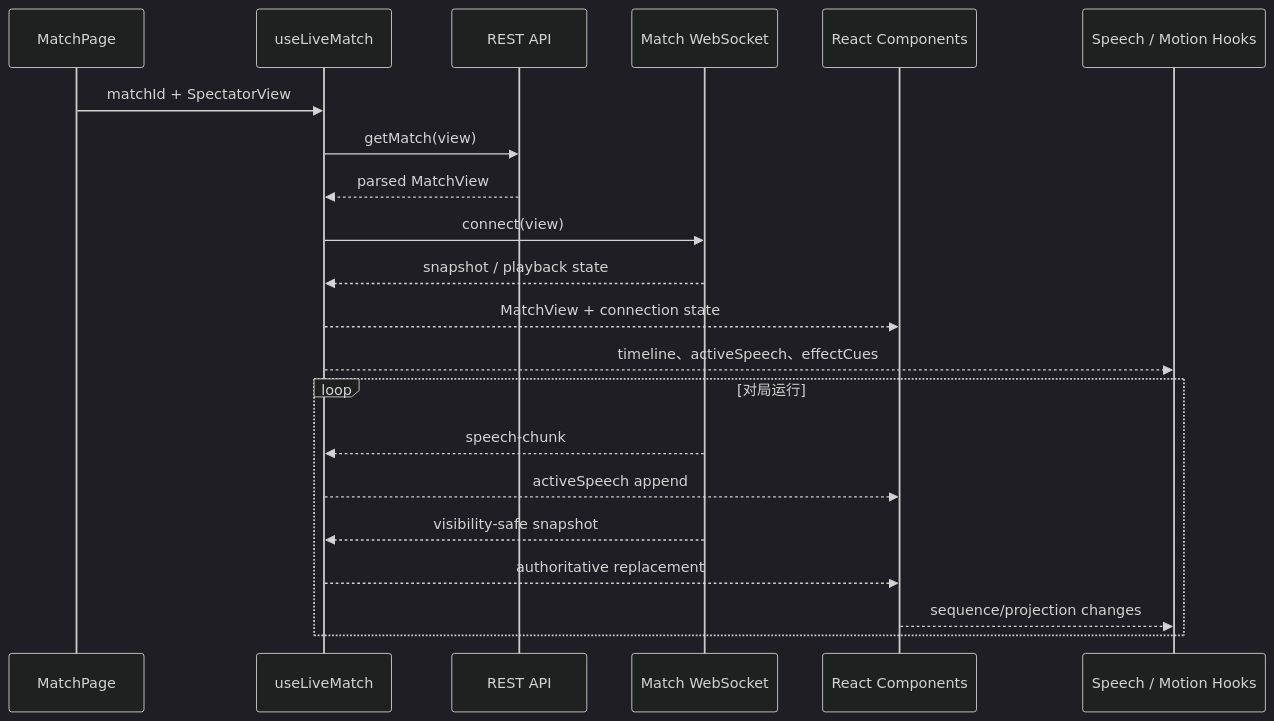
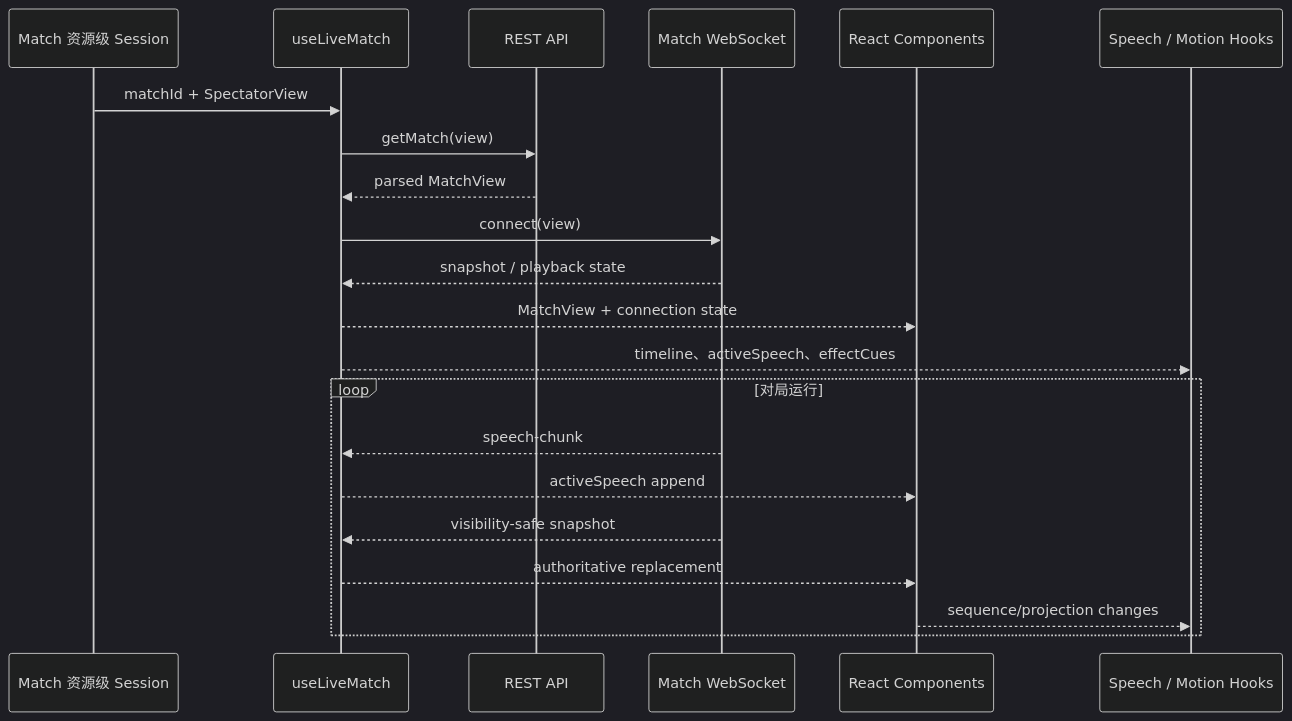
The second of 2 diagrams in docs/architecture/web-client.md (renewboy/agentwolf), drawn with Mermaid (dark theme) before and after one commit. The commit also changed other lines of this file and 38 other files, not shown here.

````diff
--- a/docs/architecture/web-client.md
+++ b/docs/architecture/web-client.md
@@ -116,25 +117,25 @@
 ```mermaid
 sequenceDiagram
-    participant Page as MatchPage
+    participant Session as Match 资源级 Session
     participant Hook as useLiveMatch
     participant HTTP as REST API
     participant WS as Match WebSocket
     participant UI as React Components
     participant Effects as Speech / Motion Hooks
 
-    Page->>Hook: matchId + SpectatorView
+    Session->>Hook: matchId + SpectatorView
     Hook->>HTTP: getMatch(view)
     HTTP-->>Hook: parsed MatchView
     Hook->>WS: connect(view)
     WS-->>Hook: snapshot / playback state
     Hook-->>UI: MatchView + connection state
     Hook-->>Effects: timeline、activeSpeech、effectCues
 
     loop 对局运行
         WS-->>Hook: speech-chunk
         Hook-->>UI: activeSpeech append
         WS-->>Hook: visibility-safe snapshot
         Hook-->>UI: authoritative replacement
         UI-->>Effects: sequence/projection changes
     end
 ```
````
